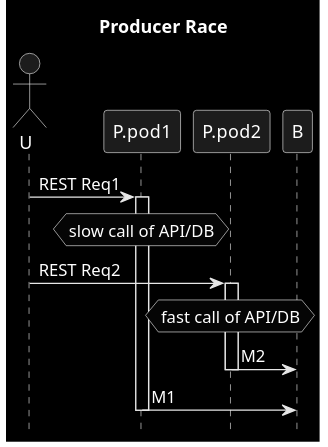
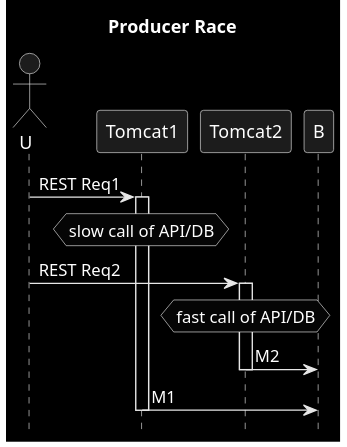
One commit to victorrentea/kafka changed the diagram in patterns/2b_out_of_order_p.puml. Above: the diagram before and after it, drawn with PlantUML.

Commit message:
in one machine as well.

```diff
--- a/patterns/2b_out_of_order_p.puml
+++ b/patterns/2b_out_of_order_p.puml
@@ -1,17 +1,17 @@
 @startuml
 title Producer Race
 hide footbox
 skinparam monochrome reverse
 actor U
 
-U->P.pod1: REST Req1
-activate P.pod1
-hnote over P.pod1: slow call of API/DB
-U->P.pod2: REST Req2
-activate P.pod2
-hnote over P.pod2: fast call of API/DB
-P.pod2->B: M2
-deactivate P.pod2
-P.pod1->B: M1
-deactivate P.pod1
+U->Tomcat1: REST Req1
+activate Tomcat1
+hnote over Tomcat1: slow call of API/DB
+U->Tomcat2: REST Req2
+activate Tomcat2
+hnote over Tomcat2: fast call of API/DB
+Tomcat2->B: M2
+deactivate Tomcat2
+Tomcat1->B: M1
+deactivate Tomcat1
 @enduml
```
